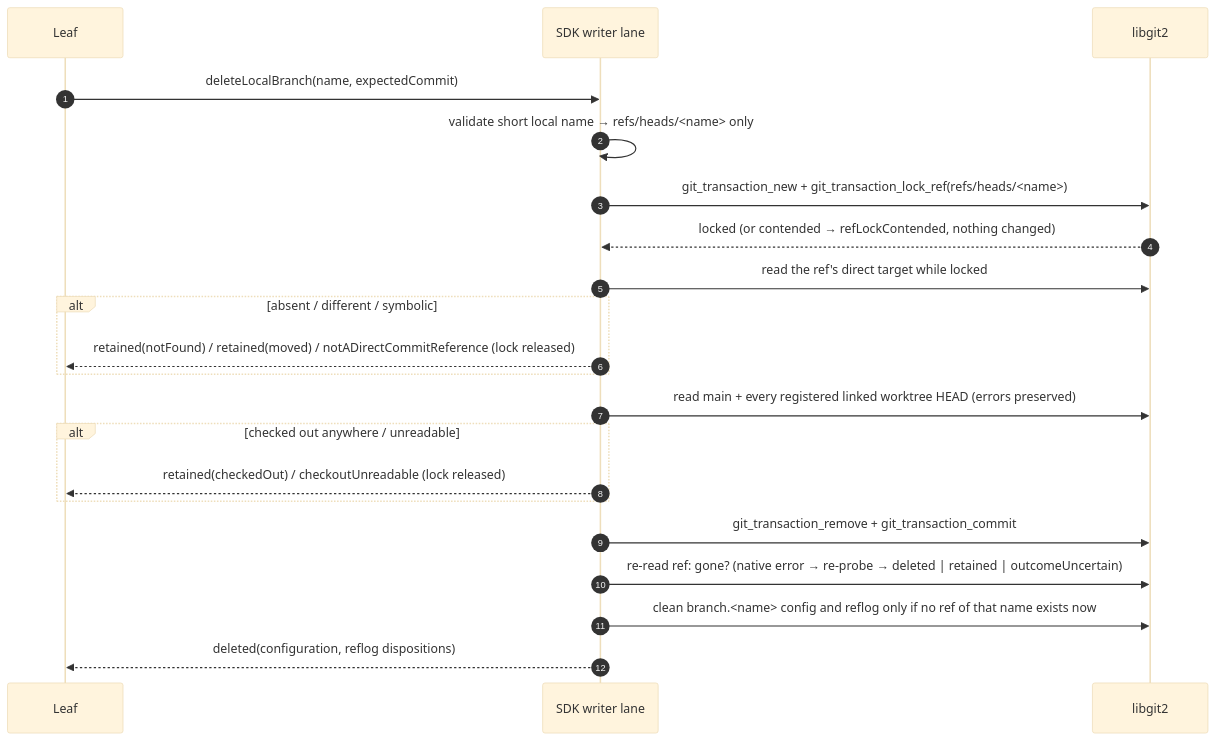
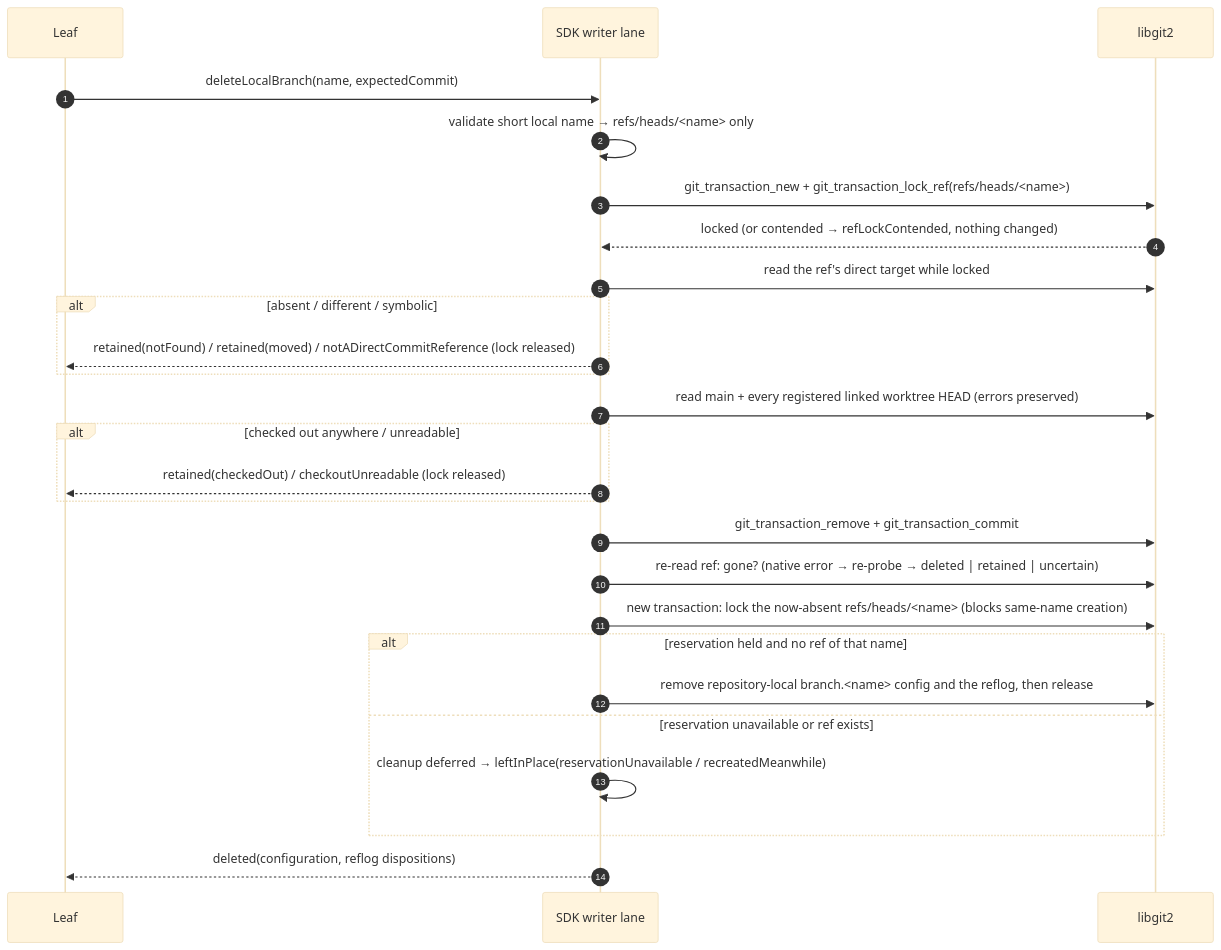
Before and after one commit to getagentstudio/agentstudio: the fourth of 8 diagrams in docs/specs/2026-09-30-worktree-lifecycle/2026-09-30-worktree-lifecycle-program-design.md, drawn with Mermaid (base theme). The commit also changed other lines of this file and 2 other files, not shown here.

````diff
--- a/docs/specs/2026-09-30-worktree-lifecycle/2026-09-30-worktree-lifecycle-program-design.md
+++ b/docs/specs/2026-09-30-worktree-lifecycle/2026-09-30-worktree-lifecycle-program-design.md
@@ -280,23 +376,28 @@
 ```mermaid
 sequenceDiagram
   autonumber
   participant L as Leaf
   participant W as SDK writer lane
   participant G as libgit2
   L->>W: deleteLocalBranch(name, expectedCommit)
   W->>W: validate short local name → refs/heads/<name> only
   W->>G: git_transaction_new + git_transaction_lock_ref(refs/heads/<name>)
   G-->>W: locked (or contended → refLockContended, nothing changed)
   W->>G: read the ref's direct target while locked
   alt absent / different / symbolic
     W-->>L: retained(notFound) / retained(moved) / notADirectCommitReference (lock released)
   end
   W->>G: read main + every registered linked worktree HEAD (errors preserved)
   alt checked out anywhere / unreadable
     W-->>L: retained(checkedOut) / checkoutUnreadable (lock released)
   end
   W->>G: git_transaction_remove + git_transaction_commit
-  W->>G: re-read ref: gone? (native error → re-probe → deleted | retained | outcomeUncertain)
-  W->>G: clean branch.<name> config and reflog only if no ref of that name exists now
+  W->>G: re-read ref: gone? (native error → re-probe → deleted | retained | uncertain)
+  W->>G: new transaction: lock the now-absent refs/heads/<name> (blocks same-name creation)
+  alt reservation held and no ref of that name
+    W->>G: remove repository-local branch.<name> config and the reflog, then release
+  else reservation unavailable or ref exists
+    W->>W: cleanup deferred → leftInPlace(reservationUnavailable / recreatedMeanwhile)
+  end
   W-->>L: deleted(configuration, reflog dispositions)
 ```
````
